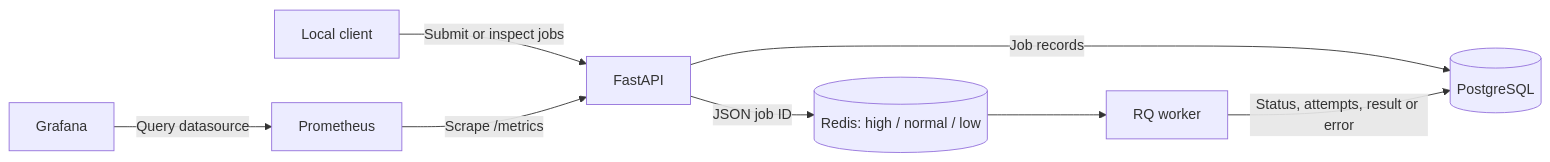
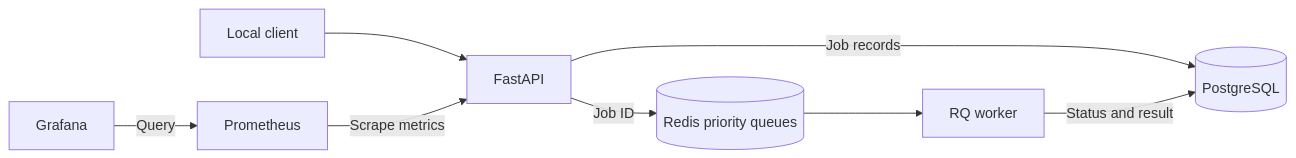
Before and after one commit to YourNoob-web/QueueOps: the diagram in README.md, drawn with Mermaid. The commit also changed other lines of this file and 7 other files, not shown here.

````diff
--- a/README.md
+++ b/README.md
@@ -31,10 +23,10 @@
 ```mermaid
 flowchart LR
-    Client[Local client] -->|Submit or inspect jobs| API[FastAPI]
+    Client[Local client] --> API[FastAPI]
     API -->|Job records| DB[(PostgreSQL)]
-    API -->|JSON job ID| Queues[(Redis: high / normal / low)]
+    API -->|Job ID| Queues[(Redis priority queues)]
     Queues --> Worker[RQ worker]
-    Worker -->|Status, attempts, result or error| DB
-    Prometheus -->|Scrape /metrics| API
-    Grafana -->|Query datasource| Prometheus
+    Worker -->|Status and result| DB
+    Prometheus -->|Scrape metrics| API
+    Grafana -->|Query| Prometheus
 ```
````
